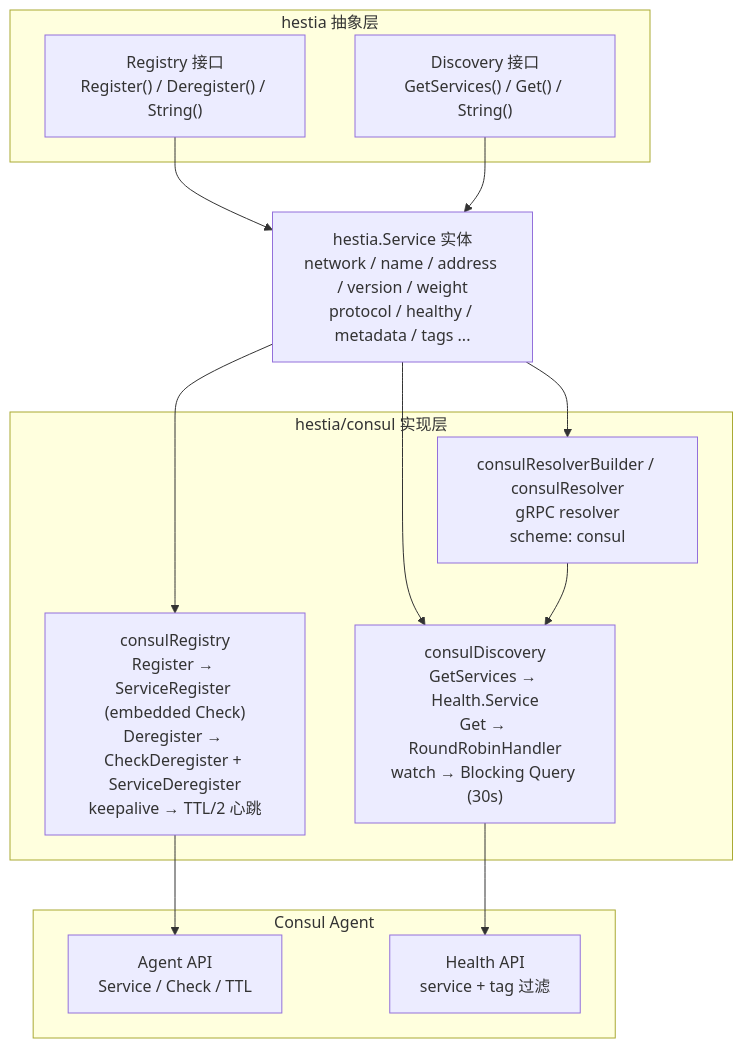
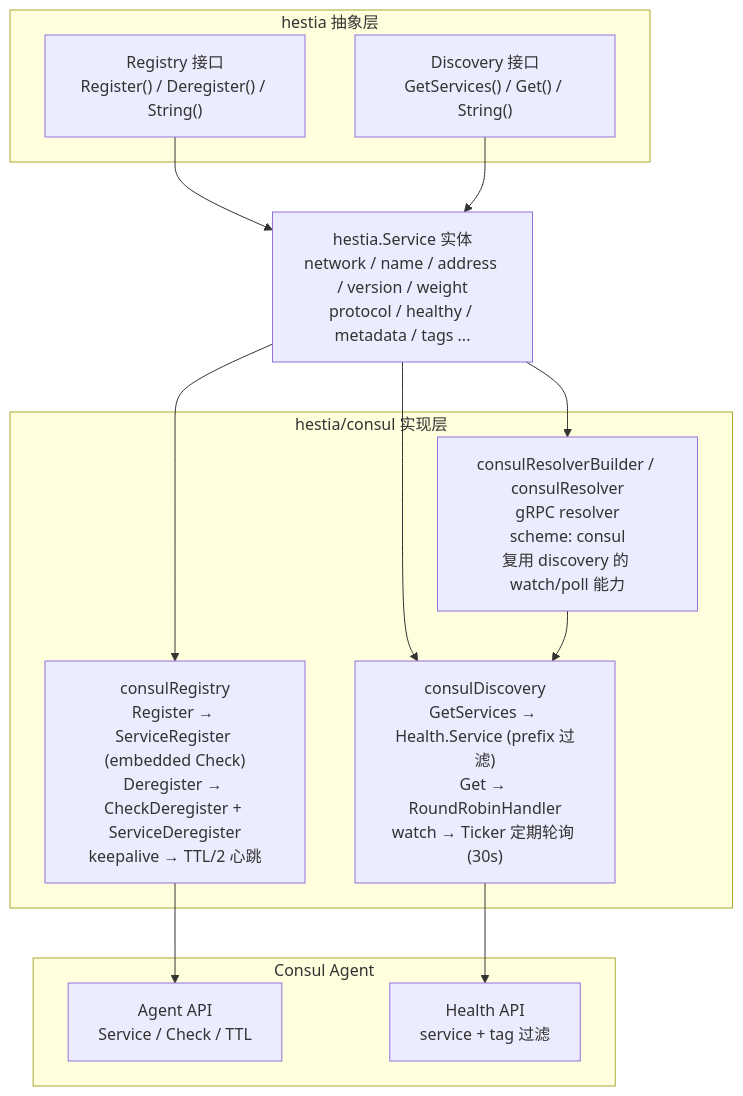
The first of 5 diagrams in hestia/consul/readme.md (daheige/hephfx), drawn with Mermaid before and after one commit. The commit also changed other lines of this file and 12 other files, not shown here.

````diff
--- a/hestia/consul/readme.md
+++ b/hestia/consul/readme.md
@@ -31,29 +31,29 @@
 ```mermaid
 flowchart TB
     subgraph Abstract["hestia 抽象层"]
         Registry["Registry 接口<br/>Register() / Deregister() / String()"]
         Discovery["Discovery 接口<br/>GetServices() / Get() / String()"]
     end
 
     Service["hestia.Service 实体<br/>network / name / address / version / weight<br/>protocol / healthy / metadata / tags ..."]
 
     subgraph ConsulImpl["hestia/consul 实现层"]
         consulRegistry["consulRegistry<br/>Register → ServiceRegister (embedded Check)<br/>Deregister → CheckDeregister + ServiceDeregister<br/>keepalive → TTL/2 心跳"]
-        consulDiscovery["consulDiscovery<br/>GetServices → Health.Service<br/>Get → RoundRobinHandler<br/>watch → Blocking Query (30s)"]
-        consulResolver["consulResolverBuilder / consulResolver<br/>gRPC resolver<br/>scheme: consul"]
+        consulDiscovery["consulDiscovery<br/>GetServices → Health.Service (prefix 过滤)<br/>Get → RoundRobinHandler<br/>watch → Ticker 定期轮询 (30s)"]
+        consulResolver["consulResolverBuilder / consulResolver<br/>gRPC resolver<br/>scheme: consul<br/>复用 discovery 的 watch/poll 能力"]
     end
 
     subgraph ConsulAgent["Consul Agent"]
         AgentAPI["Agent API<br/>Service / Check / TTL"]
         HealthAPI["Health API<br/>service + tag 过滤"]
     end
 
     Registry --> Service
     Discovery --> Service
     Service --> consulRegistry
     Service --> consulDiscovery
     Service --> consulResolver
     consulRegistry --> AgentAPI
     consulDiscovery --> HealthAPI
     consulResolver --> consulDiscovery
 ```
````
